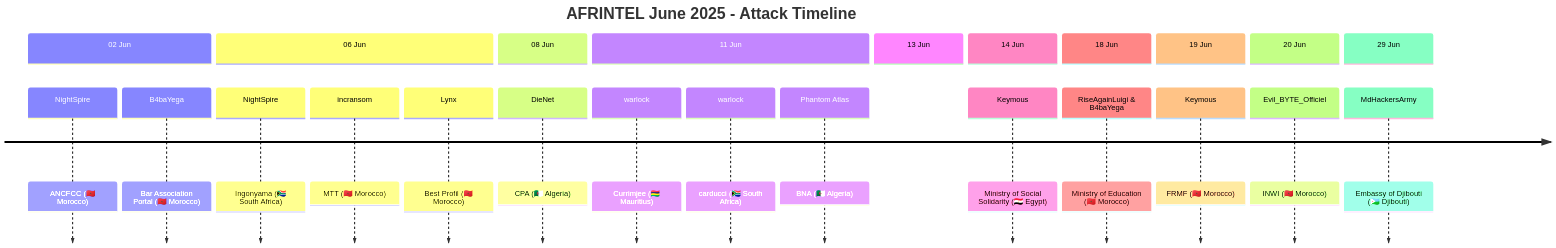
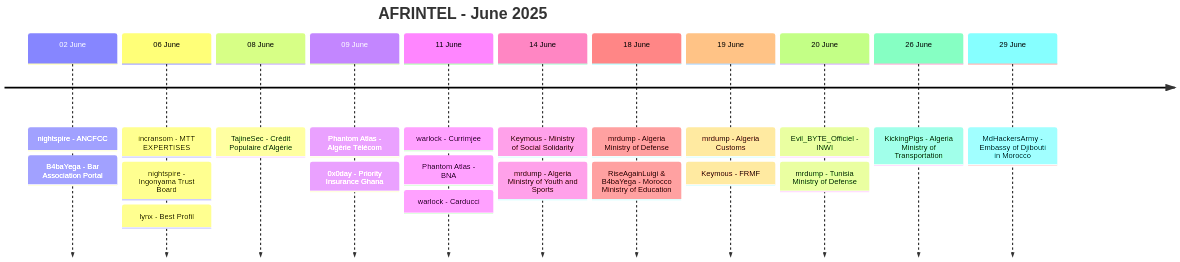
One commit to Hatchepsoute/AFRINTEL changed the third of 3 diagrams in CyberAttackAfrica/2025/06-june/README.md. Above: the diagram before and after it, drawn with Mermaid. The commit also changed other lines of this file and 35 other files, not shown here.

````diff
--- a/CyberAttackAfrica/2025/06-june/README.md
+++ b/CyberAttackAfrica/2025/06-june/README.md
@@ -288,29 +223,25 @@
 ```mermaid
 timeline
-    title AFRINTEL June 2025 - Attack Timeline
-
-    section 02 Jun
-        NightSpire : ANCFCC (🇲🇦 Morocco)
-        B4baYega : Bar Association Portal (🇲🇦 Morocco)
-    section 06 Jun
-        NightSpire : Ingonyama (🇿🇦 South Africa)
-        incransom : MTT (🇲🇦 Morocco)
-        Lynx : Best Profil (🇲🇦 Morocco)
-    section 08 Jun
-        DieNet : CPA (🇩🇿 Algeria)
-    section 11 Jun
-        warlock : Currimjee (🇲🇺 Mauritius)
-        warlock : carducci (🇿🇦 South Africa)
-        Phantom Atlas : BNA (🇩🇿 Algeria)
-    section 13 Jun
-    section 14 Jun
-        Keymous : Ministry of Social Solidarity (🇪🇬 Egypt)
-    section 18 Jun
-        RiseAgainLuigi & B4baYega : Ministry of Education (🇲🇦 Morocco)
-    section 19 Jun
-        Keymous : FRMF (🇲🇦 Morocco)
-    section 20 Jun
-        Evil_BYTE_Officiel : INWI (🇲🇦 Morocco)
-    section 29 Jun
-        MdHackersArmy : Embassy of Djibouti (🇩🇯 Djibouti)
+    title AFRINTEL - June 2025
+    02 June : nightspire - ANCFCC
+            : B4baYega - Bar Association Portal
+    06 June : incransom - MTT EXPERTISES
+            : nightspire - Ingonyama Trust Board
+            : lynx - Best Profil
+    08 June : TajineSec - Crédit Populaire d'Algérie
+    09 June : Phantom Atlas - Algérie Télécom
+            : 0x0day - Priority Insurance Ghana
+    11 June : warlock - Currimjee
+            : Phantom Atlas - BNA
+            : warlock - Carducci
+    14 June : Keymous - Ministry of Social Solidarity
+            : mrdump - Algeria Ministry of Youth and Sports
+    18 June : mrdump - Algeria Ministry of Defense
+            : RiseAgainLuigi & B4baYega - Morocco Ministry of Education
+    19 June : mrdump - Algeria Customs
+            : Keymous - FRMF
+    20 June : Evil_BYTE_Officiel - INWI
+            : mrdump - Tunisia Ministry of Defense
+    26 June : KickingPigs - Algeria Ministry of Transportation
+    29 June : MdHackersArmy - Embassy of Djibouti in Morocco
 ```
````
